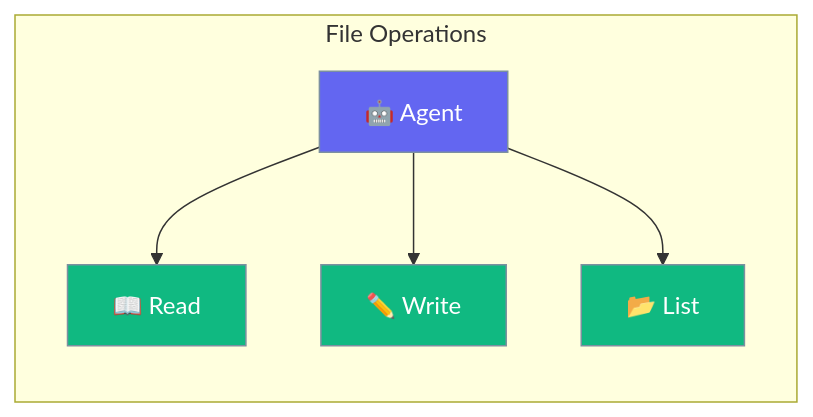
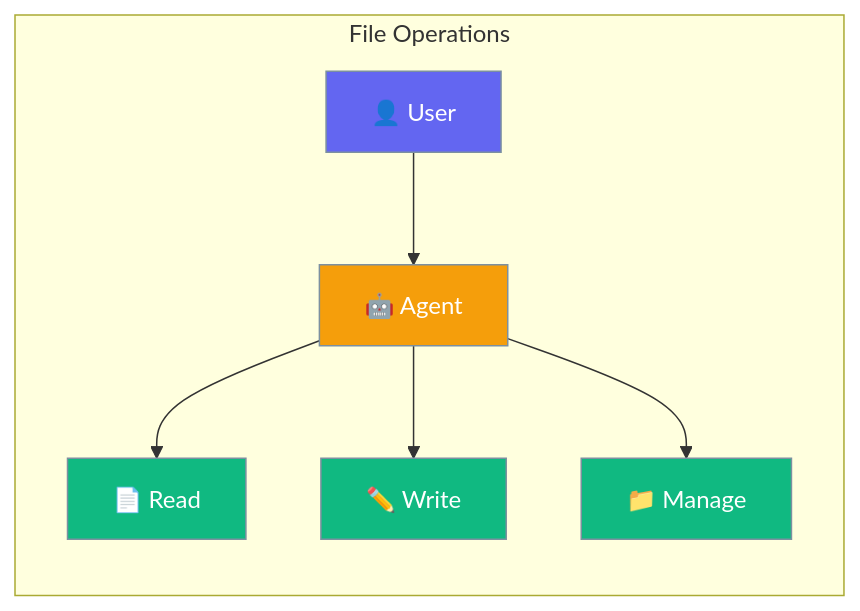
One commit to MervinPraison/PraisonAIDocs changed the first of 2 diagrams in docs/js/files.mdx. Above: the diagram before and after it, drawn with Mermaid. The commit also changed other lines of this file and 30 other files, not shown here.

````diff
--- a/docs/js/files.mdx
+++ b/docs/js/files.mdx
@@ -10,14 +10,17 @@
 ```mermaid
 graph LR
     subgraph "File Operations"
-        A[🤖 Agent] --> B[📖 Read]
-        A --> C[✏️ Write]
-        A --> D[📂 List]
+        A[👤 User] --> B[🤖 Agent]
+        B --> C[📄 Read]
+        B --> D[✏️ Write]
+        B --> E[📁 Manage]
     end
     
-    classDef agent fill:#6366F1,stroke:#7C90A0,color:#fff
-    classDef op fill:#10B981,stroke:#7C90A0,color:#fff
+    classDef user fill:#6366F1,stroke:#7C90A0,color:#fff
+    classDef agent fill:#F59E0B,stroke:#7C90A0,color:#fff
+    classDef ops fill:#10B981,stroke:#7C90A0,color:#fff
     
-    class A agent
-    class B,C,D op
+    class A user
+    class B agent
+    class C,D,E ops
 ```
````
